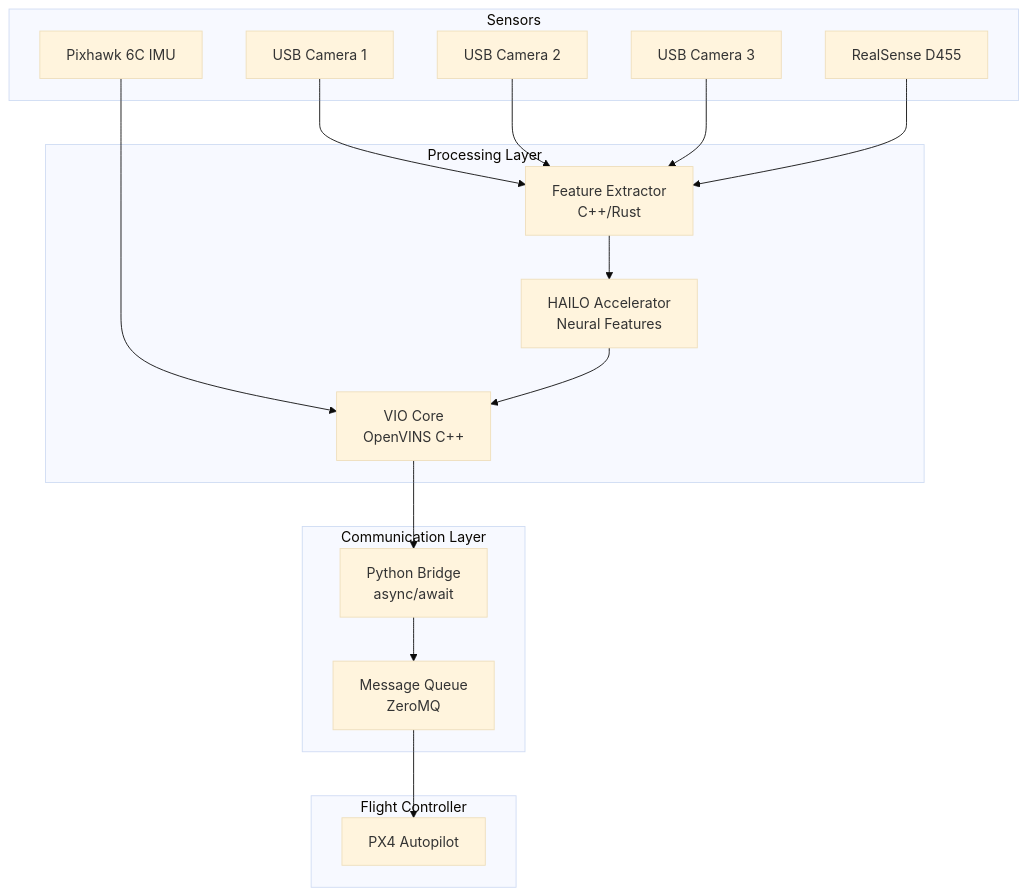
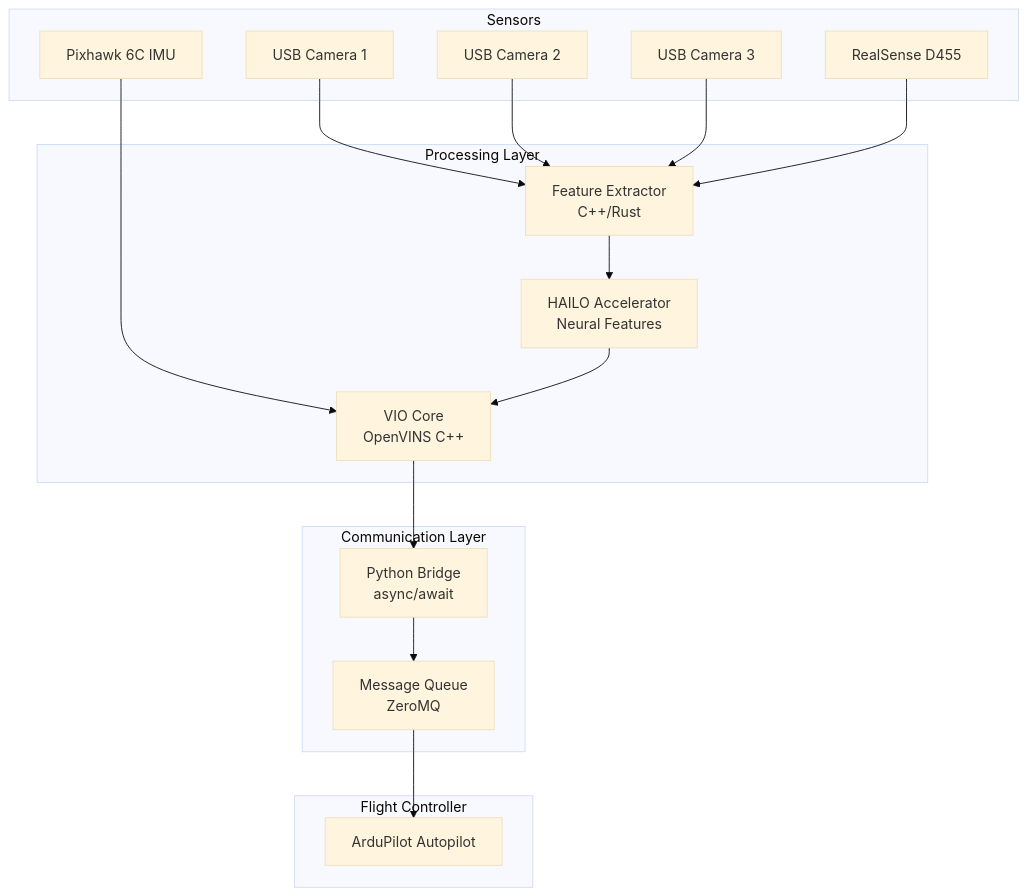
One commit to maganaluis/vio changed the diagram in docs/vio-architecture-doc.md. Above: the diagram before and after it, drawn with Mermaid (base theme). The commit also changed other lines of this file and 2 other files, not shown here.

Commit message:
switch to ardupilot

````diff
--- a/docs/vio-architecture-doc.md
+++ b/docs/vio-architecture-doc.md
@@ -9,36 +9,36 @@
 ```mermaid
 graph TD
     subgraph "Sensors"
         IMU[Pixhawk 6C IMU]
         CAM1[USB Camera 1]
         CAM2[USB Camera 2]
         CAM3[USB Camera 3]
         D455[RealSense D455]
     end
 
     subgraph "Processing Layer"
         FE[Feature Extractor<br/>C++/Rust]
         VIO[VIO Core<br/>OpenVINS C++]
         HAILO[HAILO Accelerator<br/>Neural Features]
     end
 
     subgraph "Communication Layer"
         BRIDGE[Python Bridge<br/>async/await]
         MSG[Message Queue<br/>ZeroMQ]
     end
 
     subgraph "Flight Controller"
-        PX4[PX4 Autopilot]
+        ARDUPILOT[ArduPilot Autopilot]
     end
 
     IMU --> VIO
     CAM1 --> FE
     CAM2 --> FE
     CAM3 --> FE
     D455 --> FE
     FE --> HAILO
     HAILO --> VIO
     VIO --> BRIDGE
     BRIDGE --> MSG
-    MSG --> PX4
+    MSG --> ARDUPILOT
 ```
````
